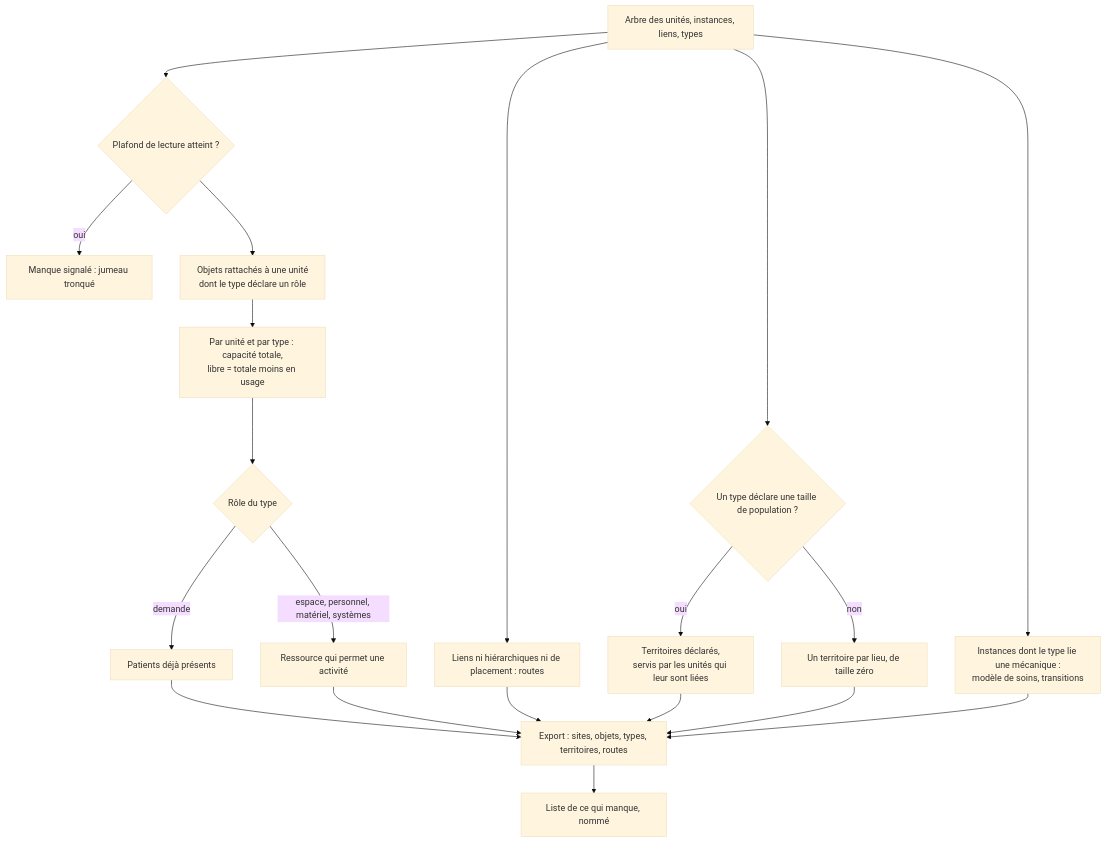
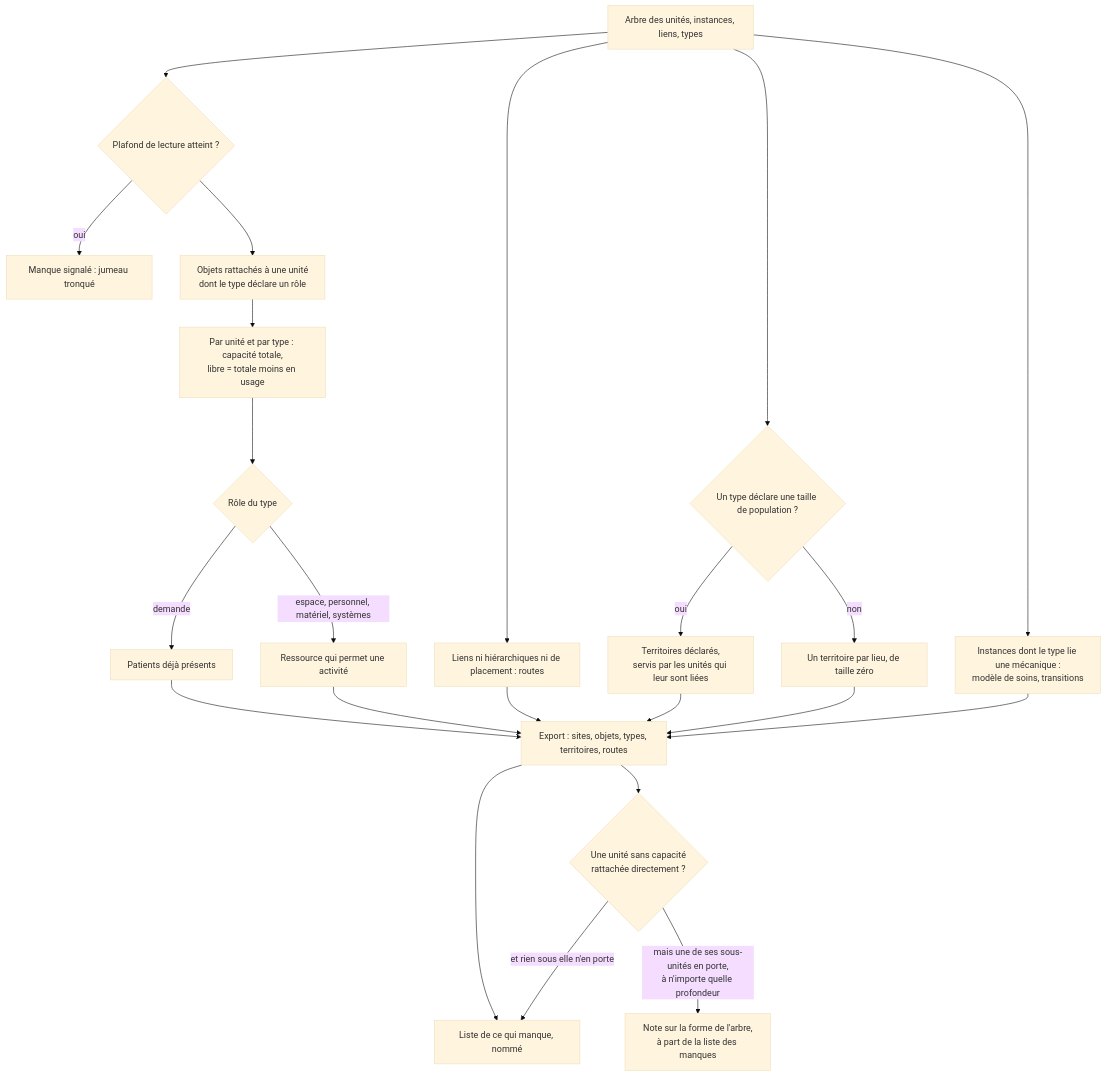
Diagram 13 of 32 in docs/algorithms.md (V1ktor7/obscyro), drawn with Mermaid (base theme) before and after one commit. The commit also changed other lines of this file and 13 other files, not shown here.

````diff
--- a/docs/algorithms.md
+++ b/docs/algorithms.md
@@ -483,22 +483,25 @@
 ```mermaid
 flowchart TD
     A["Arbre des unités, instances, liens, types"] --> B{"Plafond de lecture atteint ?"}
     B -->|"oui"| B1["Manque signalé : jumeau tronqué"]
     B --> C["Objets rattachés à une unité<br/>dont le type déclare un rôle"]
     C --> D["Par unité et par type : capacité totale,<br/>libre = totale moins en usage"]
     D --> E{"Rôle du type"}
     E -->|"demande"| F["Patients déjà présents"]
     E -->|"espace, personnel, matériel, systèmes"| G["Ressource qui permet une activité"]
     A --> H["Liens ni hiérarchiques ni de placement : routes"]
     A --> I{"Un type déclare une taille de population ?"}
     I -->|"oui"| J["Territoires déclarés,<br/>servis par les unités qui leur sont liées"]
     I -->|"non"| K["Un territoire par lieu, de taille zéro"]
     A --> L["Instances dont le type lie une mécanique :<br/>modèle de soins, transitions"]
     F --> M["Export : sites, objets, types, territoires, routes"]
     G --> M
     H --> M
     J --> M
     K --> M
     L --> M
     M --> N["Liste de ce qui manque, nommé"]
+    M --> O{"Une unité sans capacité<br/>rattachée directement ?"}
+    O -->|"et rien sous elle n'en porte"| N
+    O -->|"mais une de ses sous-unités en porte,<br/>à n'importe quelle profondeur"| P["Note sur la forme de l'arbre,<br/>à part de la liste des manques"]
 ```
````
